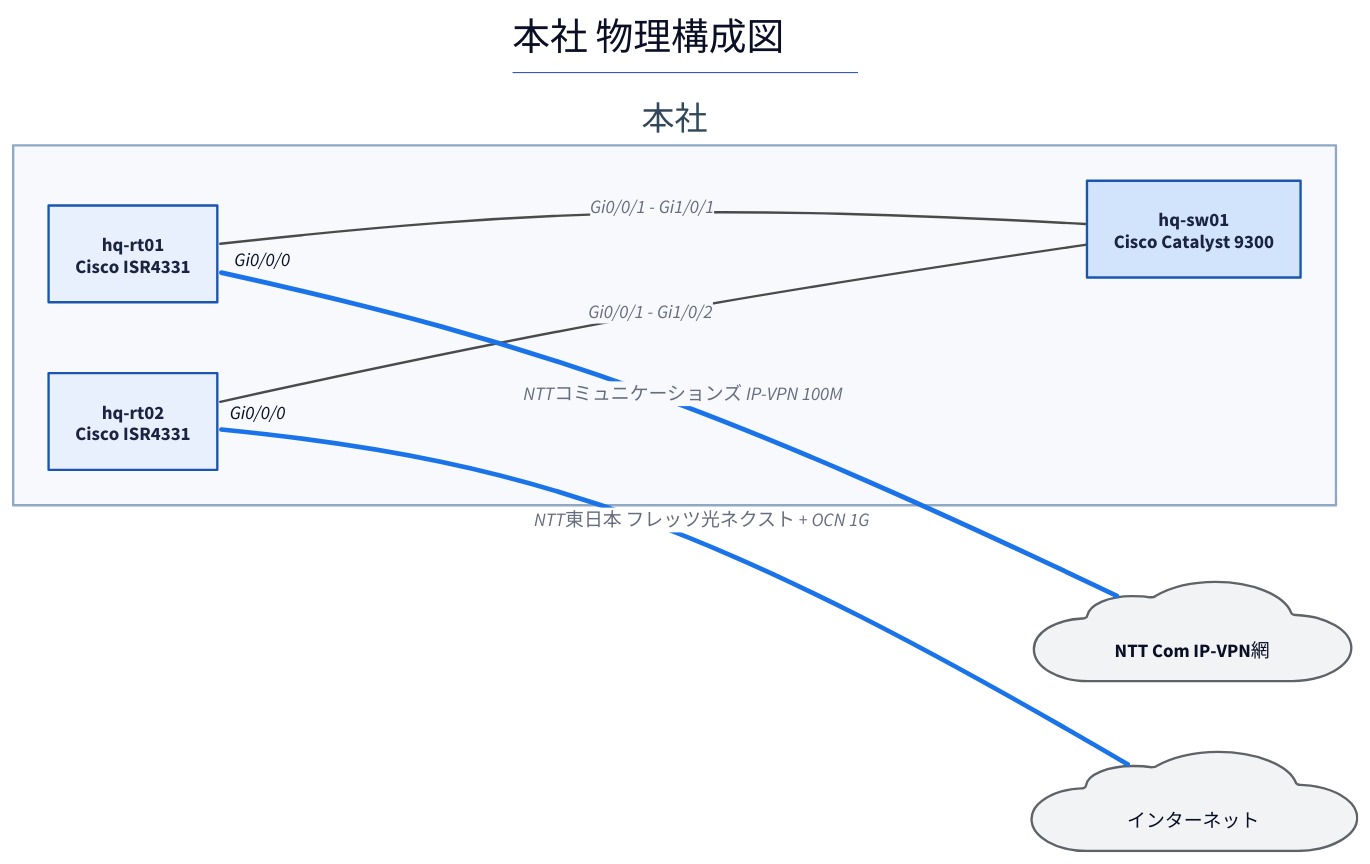
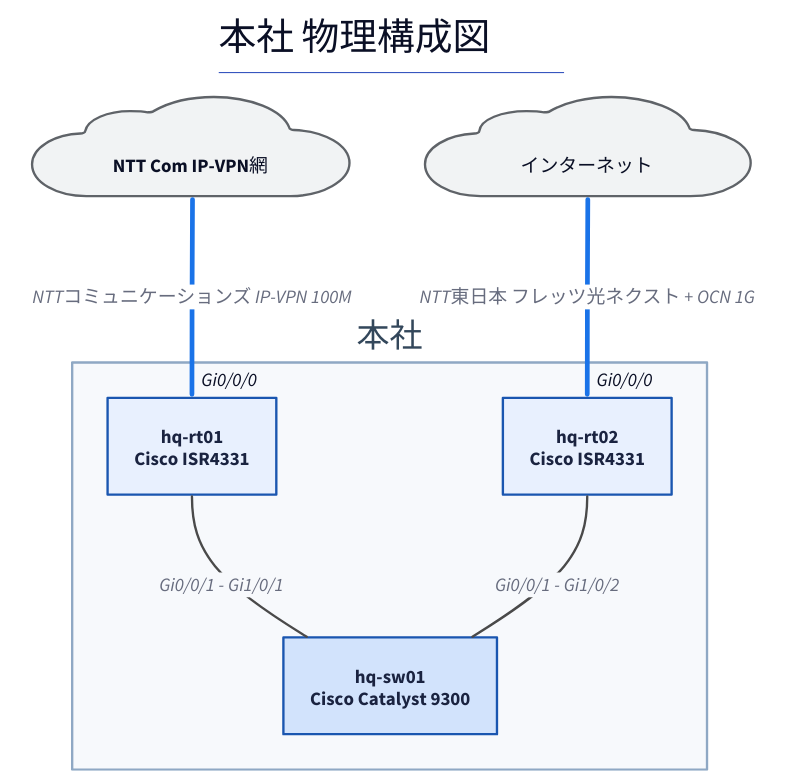
The diagram in examples/sample-corp/generated/hq-physical.d2 (thinas1115/nwdsl), drawn with D2 before and after one commit. The commit also changed 26 other files, not shown here.

```diff
--- a/examples/sample-corp/generated/hq-physical.d2
+++ b/examples/sample-corp/generated/hq-physical.d2
@@ -1,35 +1,35 @@
 title: |md
   # 本社 物理構成図
 | {near: top-center}
-direction: right
+direction: down
 
 classes: {
   role-router: {style.fill: "#e8f0fe"; style.stroke: "#1a56b0"; style.font-color: "#1a2340"}
   role-l3switch: {style.fill: "#d2e3fc"; style.stroke: "#1a56b0"; style.font-color: "#1a2340"}
   role-l2switch: {style.fill: "#e6f4ea"; style.stroke: "#137333"; style.font-color: "#1a2e1f"}
   role-firewall: {style.fill: "#fce8e6"; style.stroke: "#c5221f"; style.font-color: "#3c1a19"}
   role-other: {style.fill: "#f1f3f4"; style.stroke: "#5f6368"; style.font-color: "#202124"}
   node-cloud: {shape: cloud; style.fill: "#f1f3f4"; style.stroke: "#5f6368"}
   node-site: {style.fill: "#fff8e1"; style.stroke: "#b58105"; style.font-color: "#4a3a08"}
   node-external: {style.fill: "#ffffff"; style.stroke: "#9aa0a6"; style.stroke-dash: 3}
   group-site: {style.fill: "#f7f9fc"; style.stroke: "#8fa8c4"; style.font-color: "#33475b"}
   edge-lan-cable: {style.stroke: "#4a4a4a"; style.stroke-width: 2}
   edge-wan-circuit: {style.stroke: "#1a73e8"; style.stroke-width: 4}
   edge-tunnel: {style.stroke: "#7b1fa2"; style.stroke-width: 2; style.stroke-dash: 5}
   edge-logical: {style.stroke: "#188038"; style.stroke-width: 2; style.stroke-dash: 3}
 }
 
 s_hq: "本社" {
   class: group-site
   n_hq_rt01: "hq-rt01\nCisco ISR4331" {class: role-router}
   n_hq_sw01: "hq-sw01\nCisco Catalyst 9300" {class: role-l3switch}
   n_hq_rt02: "hq-rt02\nCisco ISR4331" {class: role-router}
 }
 
 n_ipvpn: "　NTT Com IP-VPN網　" {class: node-cloud}
 n_internet: "　インターネット　" {class: node-cloud}
 
 s_hq.n_hq_rt01 -- s_hq.n_hq_sw01: "Gi0/0/1 - Gi1/0/1" {class: edge-lan-cable}
 s_hq.n_hq_rt02 -- s_hq.n_hq_sw01: "Gi0/0/1 - Gi1/0/2" {class: edge-lan-cable}
-s_hq.n_hq_rt01 -- n_ipvpn: "NTTコミュニケーションズ IP-VPN 100M" {class: edge-wan-circuit; source-arrowhead.label: "Gi0/0/0"}
-s_hq.n_hq_rt02 -- n_internet: "NTT東日本 フレッツ光ネクスト + OCN 1G" {class: edge-wan-circuit; source-arrowhead.label: "Gi0/0/0"}
+n_ipvpn -- s_hq.n_hq_rt01: "NTTコミュニケーションズ IP-VPN 100M" {class: edge-wan-circuit; target-arrowhead.label: "Gi0/0/0"}
+n_internet -- s_hq.n_hq_rt02: "NTT東日本 フレッツ光ネクスト + OCN 1G" {class: edge-wan-circuit; target-arrowhead.label: "Gi0/0/0"}
```
